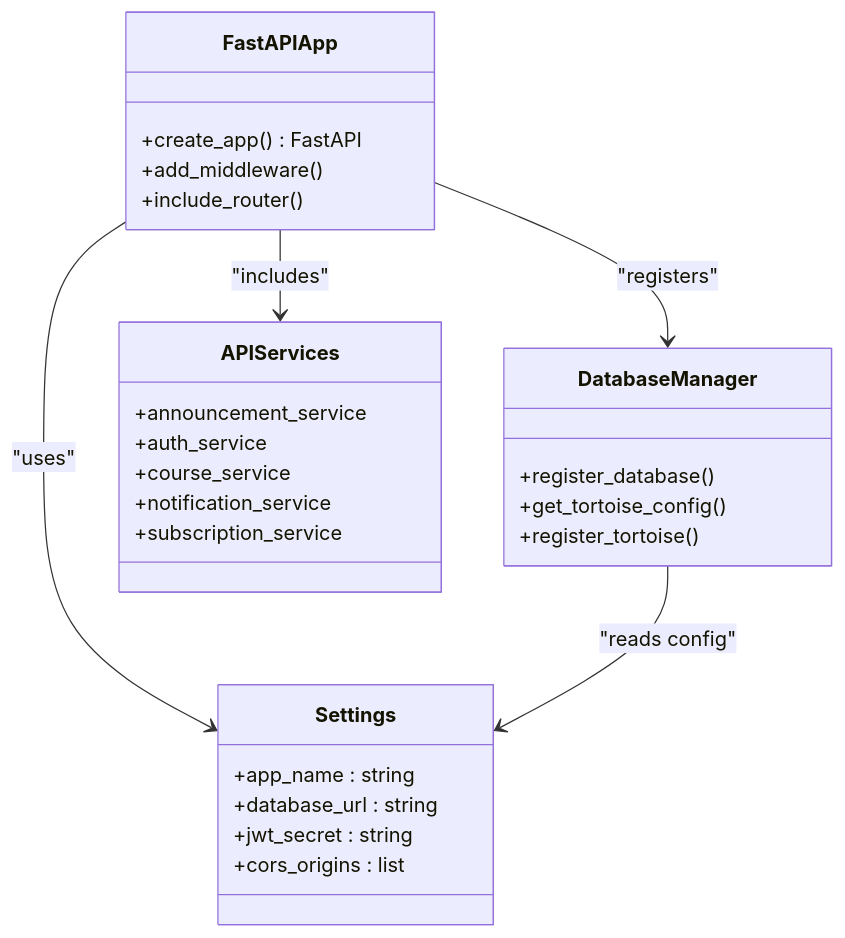
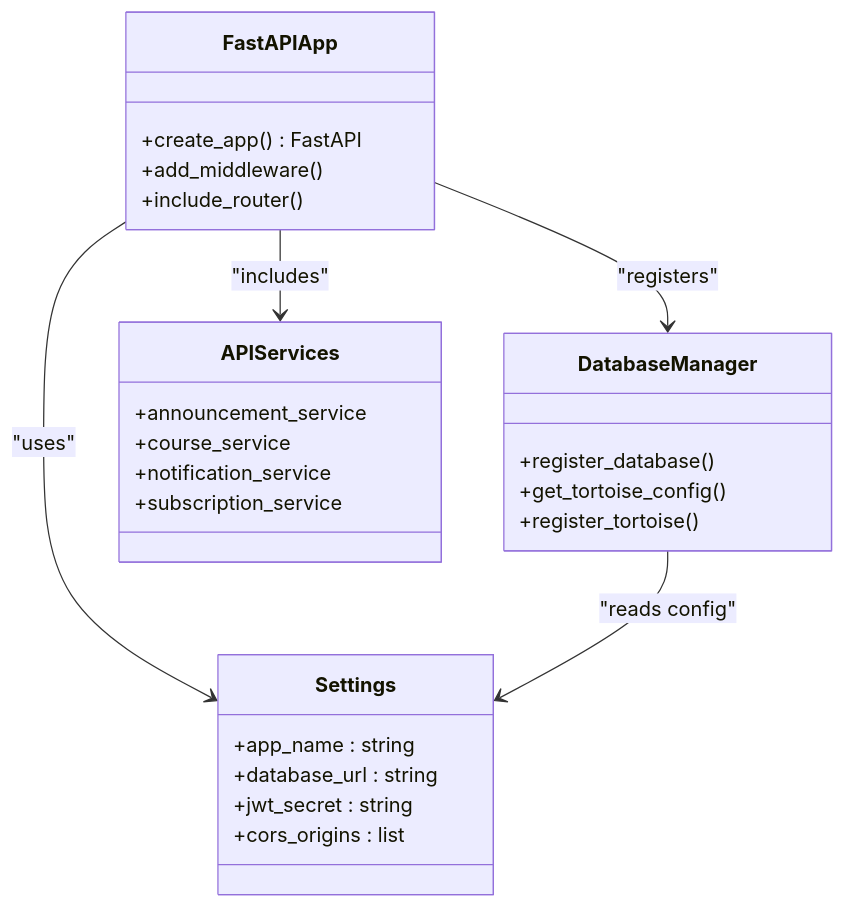
The fourth of 6 diagrams in src/data/docs/mooc-utils/Project Overview/Technology Stack.md (tashifkhan/tashif.codes), drawn with Mermaid before and after one commit. The commit also changed other lines of this file and 2128 other files, not shown here.

First line of the commit message:
docs: replace raster diagram images with native Mermaid across project guides

````diff
--- a/src/data/docs/mooc-utils/Project Overview/Technology Stack.md
+++ b/src/data/docs/mooc-utils/Project Overview/Technology Stack.md
@@ -132,30 +102,29 @@
 ```mermaid
 classDiagram
 class FastAPIApp {
 +create_app() FastAPI
 +add_middleware()
 +include_router()
 }
 class Settings {
 +app_name : string
 +database_url : string
 +jwt_secret : string
 +cors_origins : list
 }
 class DatabaseManager {
 +register_database()
 +get_tortoise_config()
 +register_tortoise()
 }
 class APIServices {
 +announcement_service
-+auth_service
 +course_service
 +notification_service
 +subscription_service
 }
 FastAPIApp --> Settings : "uses"
 FastAPIApp --> DatabaseManager : "registers"
 FastAPIApp --> APIServices : "includes"
 DatabaseManager --> Settings : "reads config"
 ```
````
